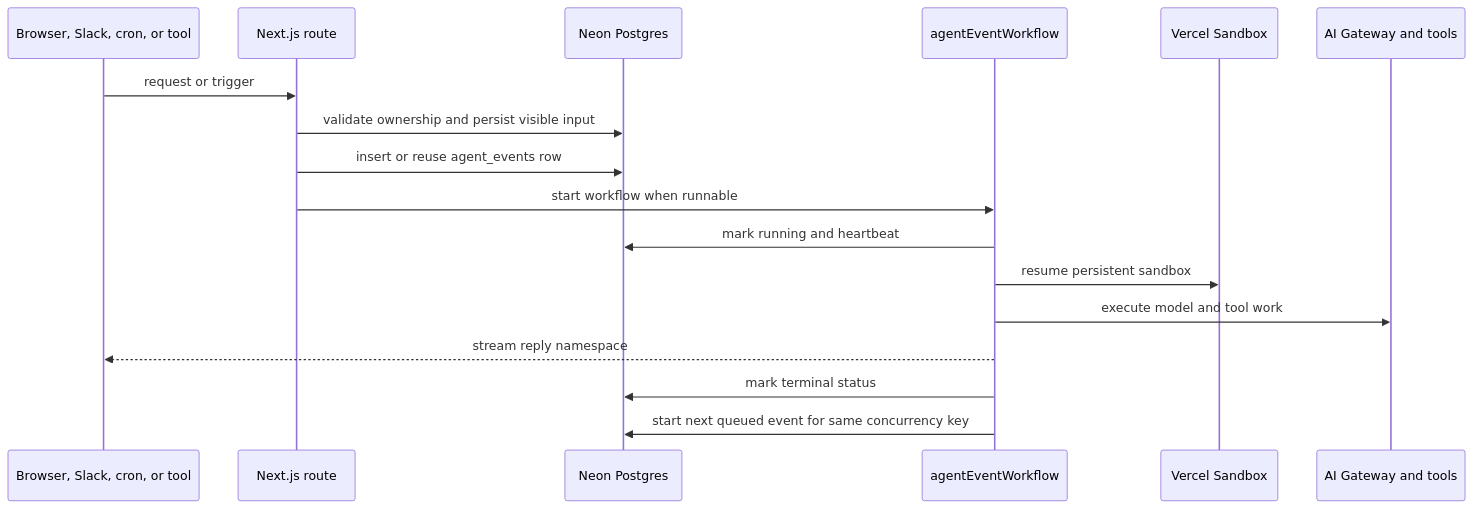
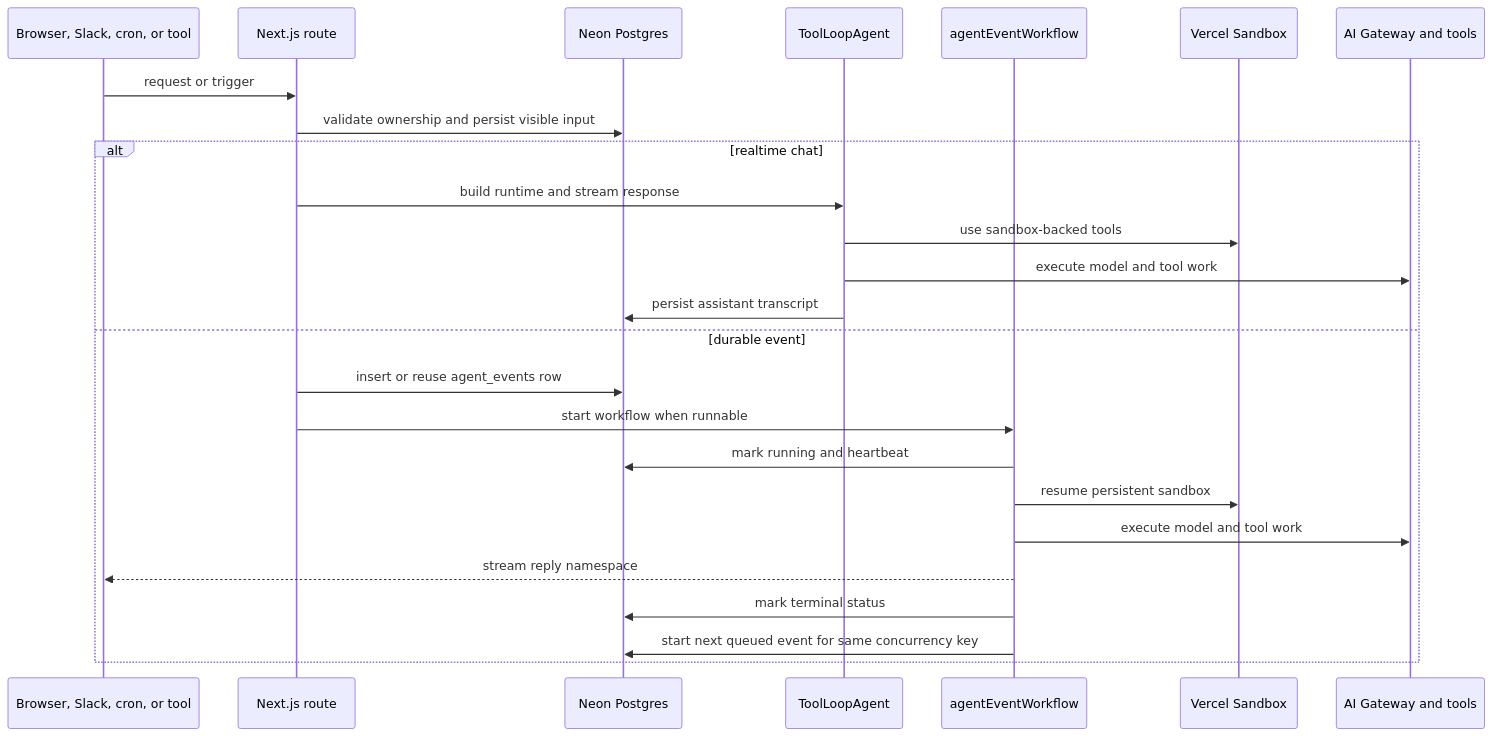
Before and after one commit to TommyBez/outname: the second of 2 diagrams in docs/ARCHITECTURE.md, drawn with Mermaid. The commit also changed other lines of this file and 53 other files, not shown here.

First line of the commit message:
refactor(chat): move web and Slack turns to realtime ToolLoopAgent

````diff
--- a/docs/ARCHITECTURE.md
+++ b/docs/ARCHITECTURE.md
@@ -98,20 +112,28 @@
 ```mermaid
 sequenceDiagram
   participant Ingress as Browser, Slack, cron, or tool
   participant Next as Next.js route
   participant DB as Neon Postgres
+  participant R as ToolLoopAgent
   participant W as agentEventWorkflow
   participant S as Vercel Sandbox
   participant M as AI Gateway and tools
 
   Ingress->>Next: request or trigger
   Next->>DB: validate ownership and persist visible input
+  alt realtime chat
+    Next->>R: build runtime and stream response
+    R->>S: use sandbox-backed tools
+    R->>M: execute model and tool work
+    R->>DB: persist assistant transcript
+  else durable event
   Next->>DB: insert or reuse agent_events row
   Next->>W: start workflow when runnable
   W->>DB: mark running and heartbeat
   W->>S: resume persistent sandbox
   W->>M: execute model and tool work
   W-->>Ingress: stream reply namespace
   W->>DB: mark terminal status
   W->>DB: start next queued event for same concurrency key
+  end
 ```
````
